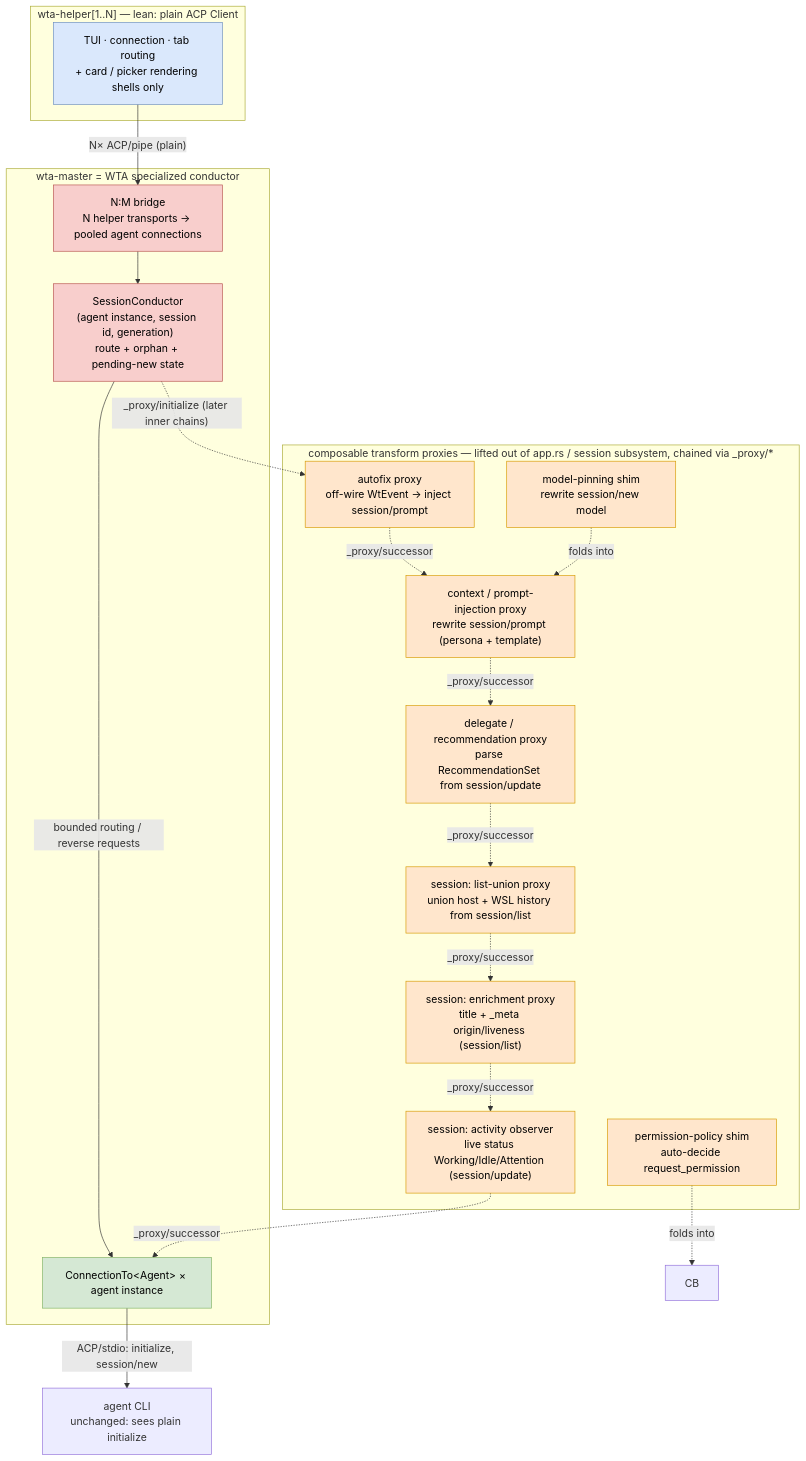
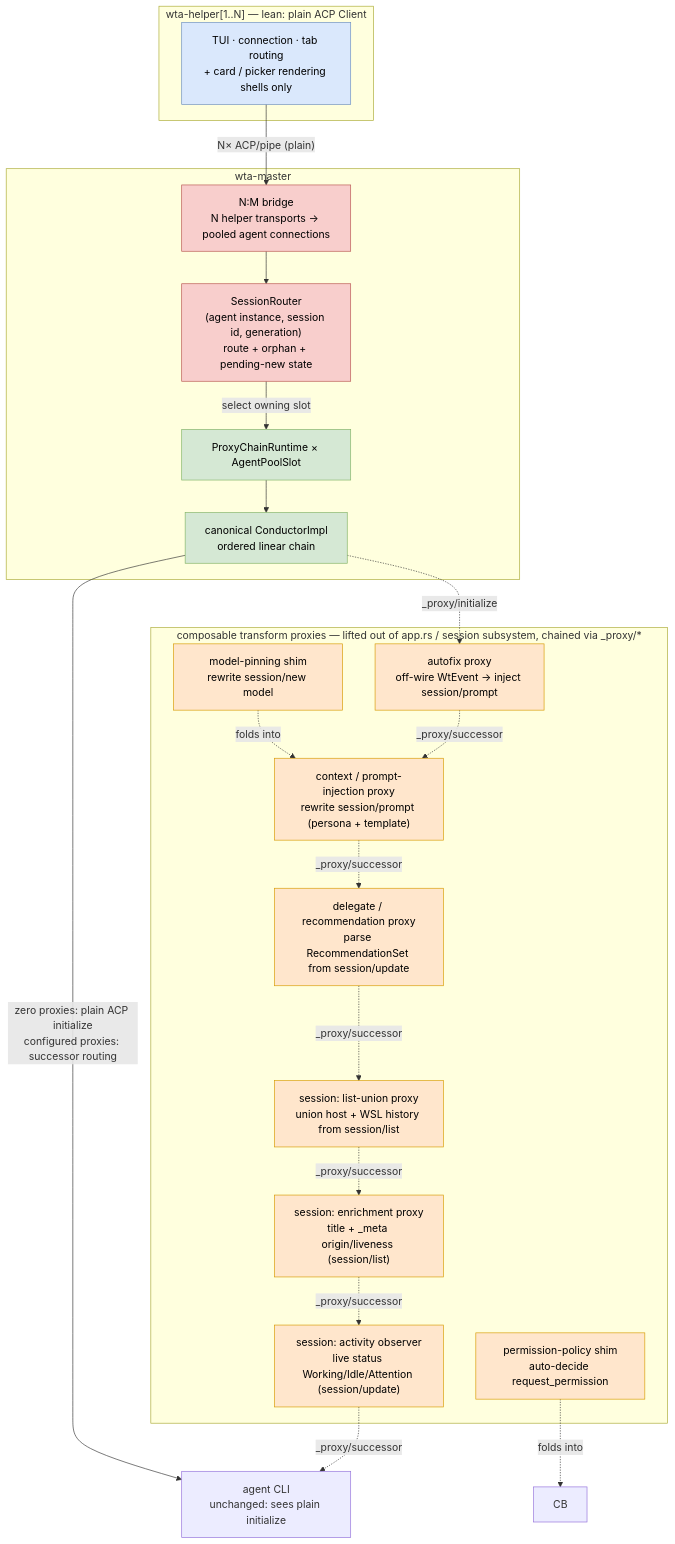
The second of 5 diagrams in doc/specs/acp-1.0-conductor-migration.md (microsoft/intelligent-terminal), drawn with Mermaid before and after one commit. The commit also changed other lines of this file and 9 other files, not shown here.

First line of the commit message:
Embed canonical ACP proxy conductor

````diff
--- a/doc/specs/acp-1.0-conductor-migration.md
+++ b/doc/specs/acp-1.0-conductor-migration.md
@@ -188,48 +192,50 @@
 ```mermaid
 flowchart TB
     subgraph helper["wta-helper[1..N] — lean: plain ACP Client"]
         PLUMB["TUI · connection · tab routing<br/>+ card / picker rendering shells only"]
     end
 
     subgraph proxies["composable transform proxies — lifted out of app.rs / session subsystem, chained via _proxy/*"]
         AFX["autofix proxy<br/>off-wire WtEvent → inject session/prompt"]
         CTX["context / prompt-injection proxy<br/>rewrite session/prompt (persona + template)"]
         REC["delegate / recommendation proxy<br/>parse RecommendationSet from session/update"]
         SLU["session: list-union proxy<br/>union host + WSL history from session/list"]
         SLE["session: enrichment proxy<br/>title + _meta origin/liveness (session/list)"]
         SLA["session: activity observer<br/>live status Working/Idle/Attention (session/update)"]
         MOD["model-pinning shim<br/>rewrite session/new model"]
         PERM["permission-policy shim<br/>auto-decide request_permission"]
     end
 
-    subgraph master["wta-master = WTA specialized conductor"]
-        SC["SessionConductor<br/>(agent instance, session id, generation)<br/>route + orphan + pending-new state"]
+    subgraph master["wta-master"]
+        SC["SessionRouter<br/>(agent instance, session id, generation)<br/>route + orphan + pending-new state"]
         BR["N:M bridge<br/>N helper transports → pooled agent connections"]
-        AC["ConnectionTo&lt;Agent&gt; × agent instance"]
+        PCR["ProxyChainRuntime × AgentPoolSlot"]
+        C["canonical ConductorImpl<br/>ordered linear chain"]
     end
 
     CLI["agent CLI<br/>unchanged: sees plain initialize"]
 
     PLUMB -->|"N× ACP/pipe (plain)"| BR
     BR --> SC
-    SC -->|"bounded routing / reverse requests"| AC
-    SC -.->|"_proxy/initialize (later inner chains)"| AFX
+    SC -->|"select owning slot"| PCR
+    PCR --> C
+    C -.->|"_proxy/initialize"| AFX
     AFX -.->|"_proxy/successor"| CTX
     CTX -.->|"_proxy/successor"| REC
     REC -.->|"_proxy/successor"| SLU
     SLU -.->|"_proxy/successor"| SLE
     SLE -.->|"_proxy/successor"| SLA
-    SLA -.->|"_proxy/successor"| AC
-    AC -->|"ACP/stdio: initialize, session/new"| CLI
+    SLA -.->|"_proxy/successor"| CLI
+    C -->|"zero proxies: plain ACP initialize<br/>configured proxies: successor routing"| CLI
     MOD -.->|"folds into"| CTX
     PERM -.->|"folds into"| CB
 
     classDef proxyable fill:#ffe6cc,stroke:#d79b00,color:#000;
     classDef plumbing fill:#dae8fc,stroke:#6c8ebf,color:#000;
     classDef library fill:#d5e8d4,stroke:#82b366,color:#000;
     classDef handrolled fill:#f8cecc,stroke:#b85450,color:#000;
     class AFX,CTX,REC,SLU,SLE,SLA,MOD,PERM proxyable;
     class PLUMB plumbing;
-    class AC library;
+    class C,PCR library;
     class SC,BR handrolled;
 ```
````
